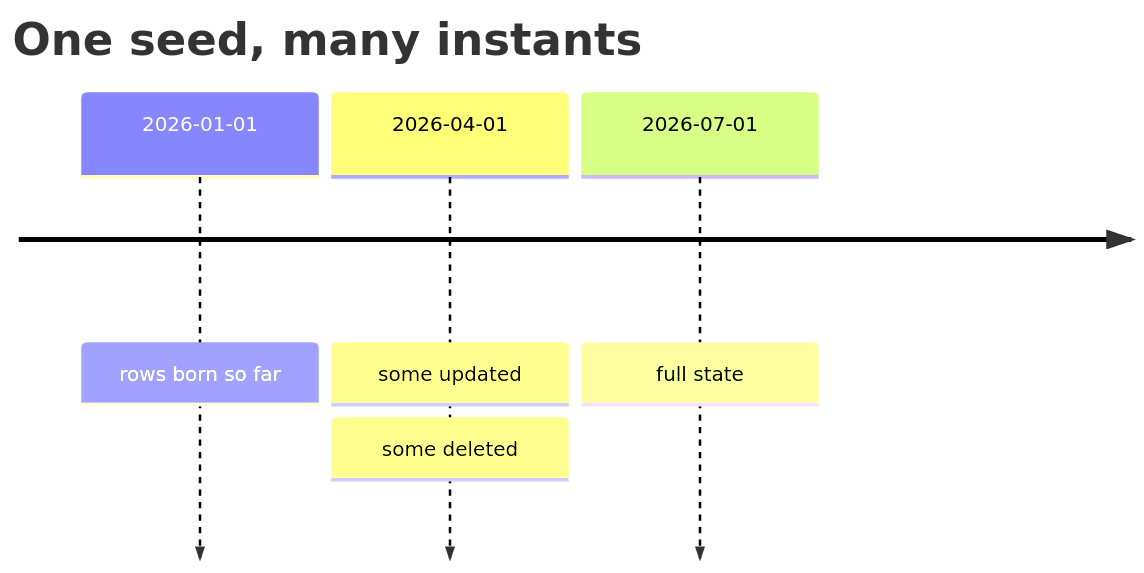
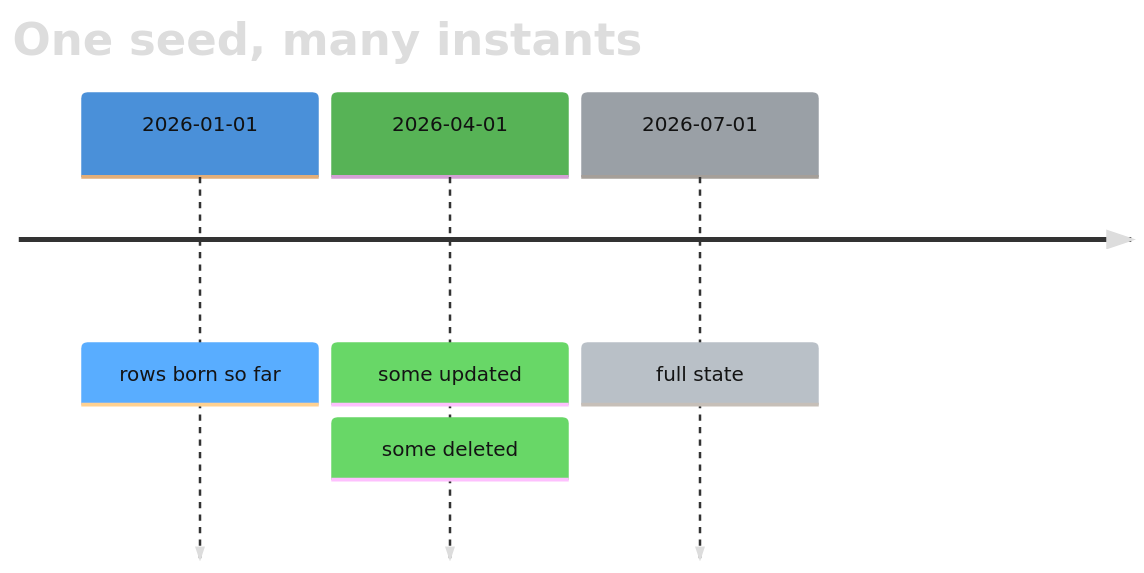
Before and after one commit to bakhod1r/synth: the ninth of 9 diagrams in README.md, drawn with Mermaid.

Commit message:
docs: fix unreadable mermaid timeline contrast in README

````diff
--- a/README.md
+++ b/README.md
@@ -712,7 +712,8 @@
 ```mermaid
+%%{init: {'theme':'base', 'themeVariables': {'cScaleLabel0':'#111','cScaleLabel1':'#111','cScaleLabel2':'#111','cScale0':'#4a90d9','cScale1':'#57b356','cScale2':'#9aa0a6','titleColor':'#ddd','textColor':'#ddd','lineColor':'#888'}}}%%
 timeline
   title One seed, many instants
   2026-01-01 : rows born so far
   2026-04-01 : some updated : some deleted
   2026-07-01 : full state
 ```
````
